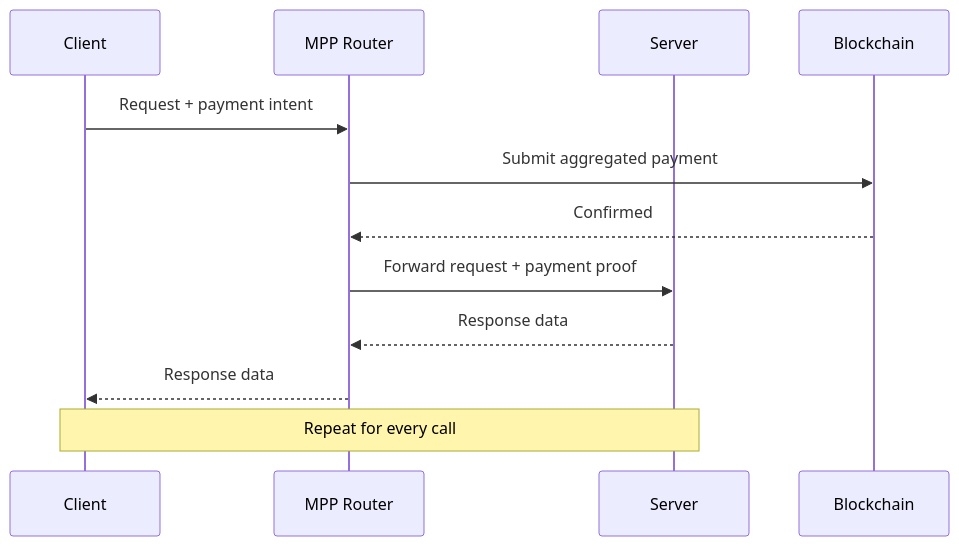
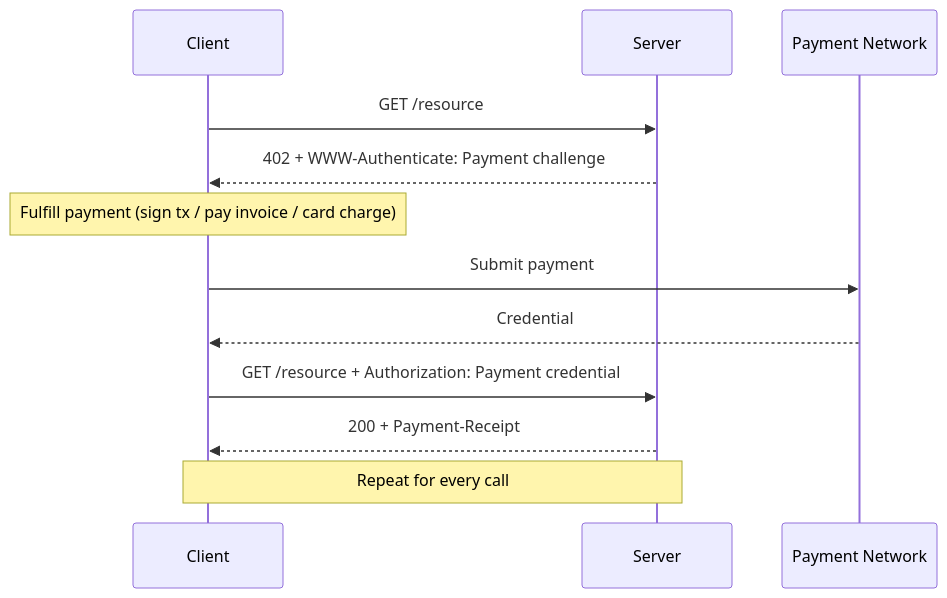
The second of 4 diagrams in COMPARISON.md (valeo-cash/amp), drawn with Mermaid before and after one commit. The commit also changed other lines of this file and 1 other file, not shown here.

Commit message:
update comparison: honest MPP analysis with sessions/vouchers

````diff
--- a/COMPARISON.md
+++ b/COMPARISON.md
@@ -35,15 +37,15 @@
 ```mermaid
 sequenceDiagram
     participant Client
-    participant Router as MPP Router
     participant Server
-    participant Chain as Blockchain
+    participant PaymentNetwork as Payment Network
 
-    Client->>Router: Request + payment intent
-    Router->>Chain: Submit aggregated payment
-    Chain-->>Router: Confirmed
-    Router->>Server: Forward request + payment proof
-    Server-->>Router: Response data
-    Router-->>Client: Response data
+    Client->>Server: GET /resource
+    Server-->>Client: 402 + WWW-Authenticate: Payment challenge
+    Note over Client: Fulfill payment (sign tx / pay invoice / card charge)
+    Client->>PaymentNetwork: Submit payment
+    PaymentNetwork-->>Client: Credential
+    Client->>Server: GET /resource + Authorization: Payment credential
+    Server-->>Client: 200 + Payment-Receipt
     Note over Client,Server: Repeat for every call
 ```
````
